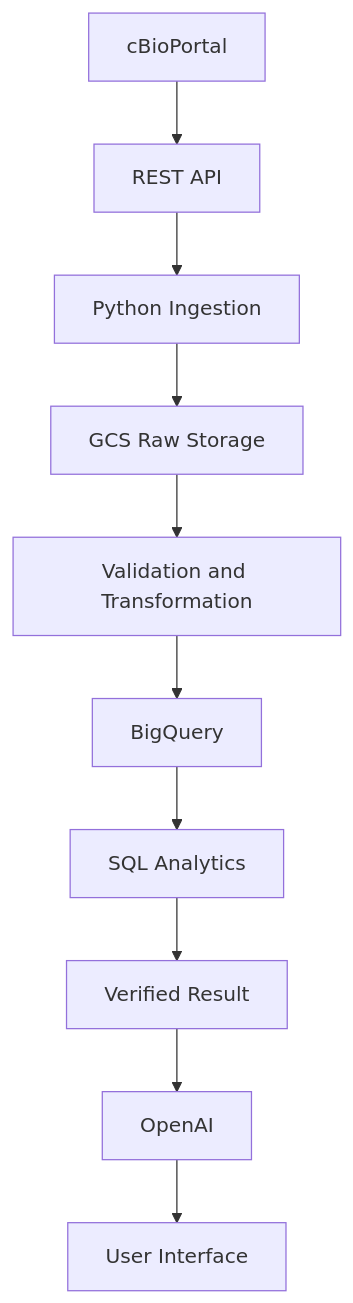
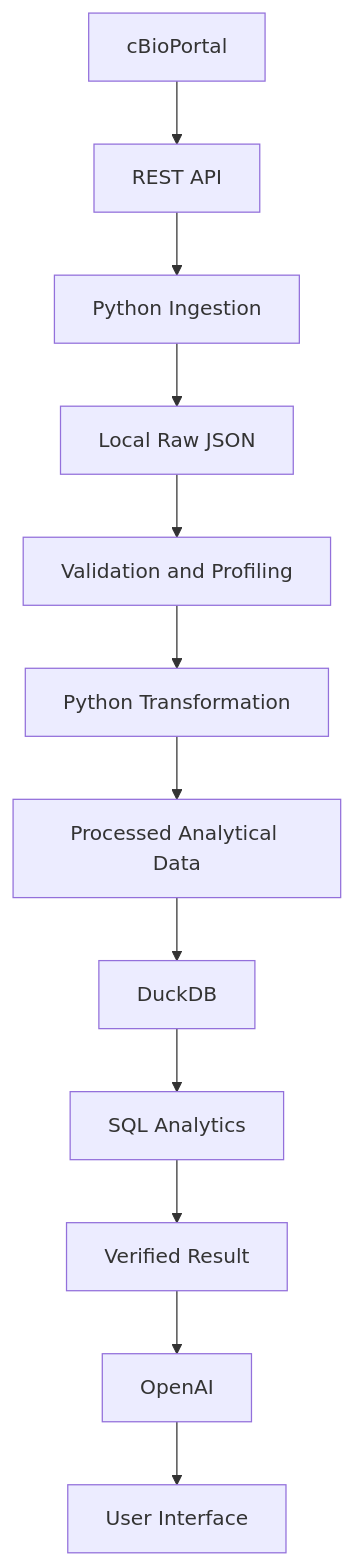
One commit to HaneefaShaikGit/biodata-copilot changed the first of 3 diagrams in docs/project_journey.md. Above: the diagram before and after it, drawn with Mermaid. The commit also changed other lines of this file and 7 other files, not shown here.

````diff
--- a/docs/project_journey.md
+++ b/docs/project_journey.md
@@ -19,12 +18,14 @@
 ```mermaid
 flowchart TD
     A[cBioPortal] --> B[REST API]
     B --> C[Python Ingestion]
-    C --> D[GCS Raw Storage]
-    D --> E[Validation and Transformation]
-    E --> F[BigQuery]
-    F --> G[SQL Analytics]
-    G --> H[Verified Result]
-    H --> I[OpenAI]
-    I --> J[User Interface]
+    C --> D[Local Raw JSON]
+    D --> E[Validation and Profiling]
+    E --> F[Python Transformation]
+    F --> G[Processed Analytical Data]
+    G --> H[DuckDB]
+    H --> I[SQL Analytics]
+    I --> J[Verified Result]
+    J --> K[OpenAI]
+    K --> L[User Interface]
 ```
````
